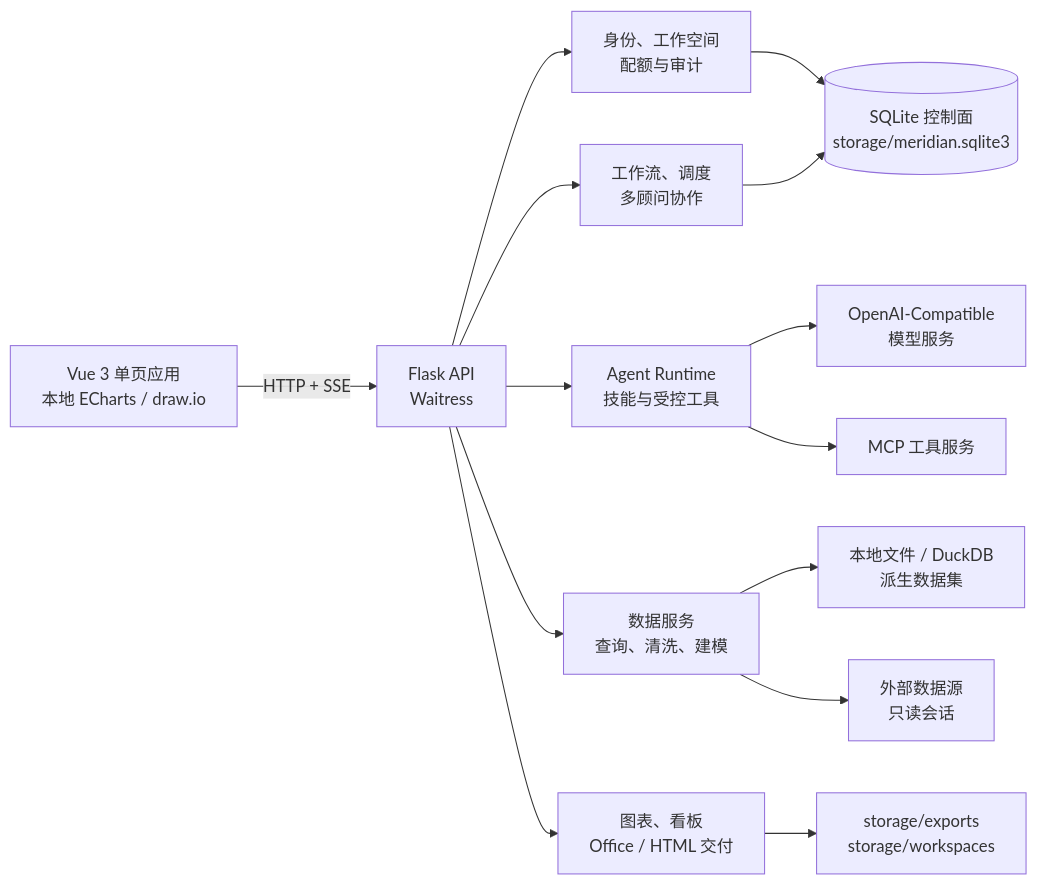
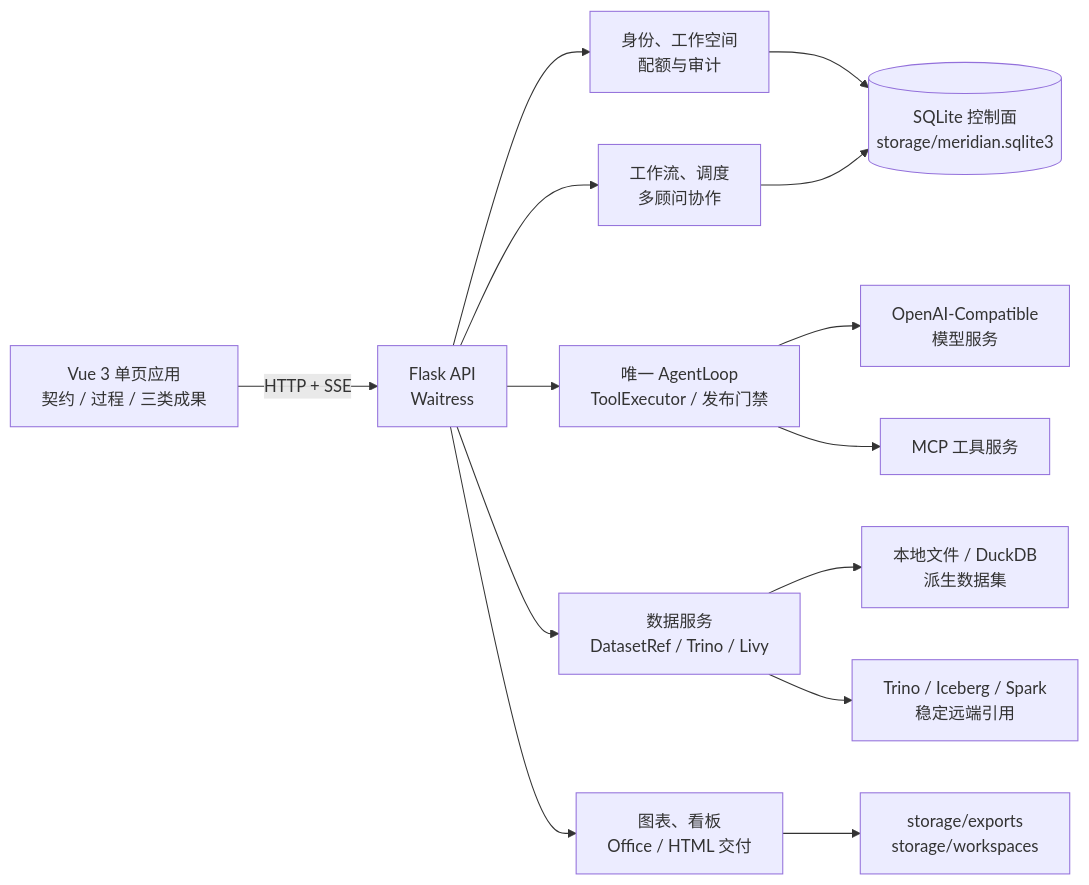
The diagram in README.md (fuyuxiang/data-agent), drawn with Mermaid before and after one commit. The commit also changed other lines of this file and 3519 other files, not shown here.

````diff
--- a/README.md
+++ b/README.md
@@ -129,18 +129,18 @@
 ```mermaid
 flowchart LR
-    UI["Vue 3 单页应用<br/>本地 ECharts / draw.io"] -->|HTTP + SSE| API["Flask API<br/>Waitress"]
+    UI["Vue 3 单页应用<br/>契约 / 过程 / 三类成果"] -->|HTTP + SSE| API["Flask API<br/>Waitress"]
 
     API --> ID["身份、工作空间<br/>配额与审计"]
-    API --> AGENT["Agent Runtime<br/>技能与受控工具"]
-    API --> DATA["数据服务<br/>查询、清洗、建模"]
+    API --> AGENT["唯一 AgentLoop<br/>ToolExecutor / 发布门禁"]
+    API --> DATA["数据服务<br/>DatasetRef / Trino / Livy"]
     API --> AUTO["工作流、调度<br/>多顾问协作"]
     API --> DELIVERY["图表、看板<br/>Office / HTML 交付"]
 
     ID --> META[("SQLite 控制面<br/>storage/meridian.sqlite3")]
     AGENT --> MODEL["OpenAI-Compatible<br/>模型服务"]
     AGENT --> MCP["MCP 工具服务"]
     DATA --> LOCAL["本地文件 / DuckDB<br/>派生数据集"]
-    DATA --> REMOTE["外部数据源<br/>只读会话"]
+    DATA --> REMOTE["Trino / Iceberg / Spark<br/>稳定远端引用"]
     AUTO --> META
     DELIVERY --> STORE["storage/exports<br/>storage/workspaces"]
 ```
````
